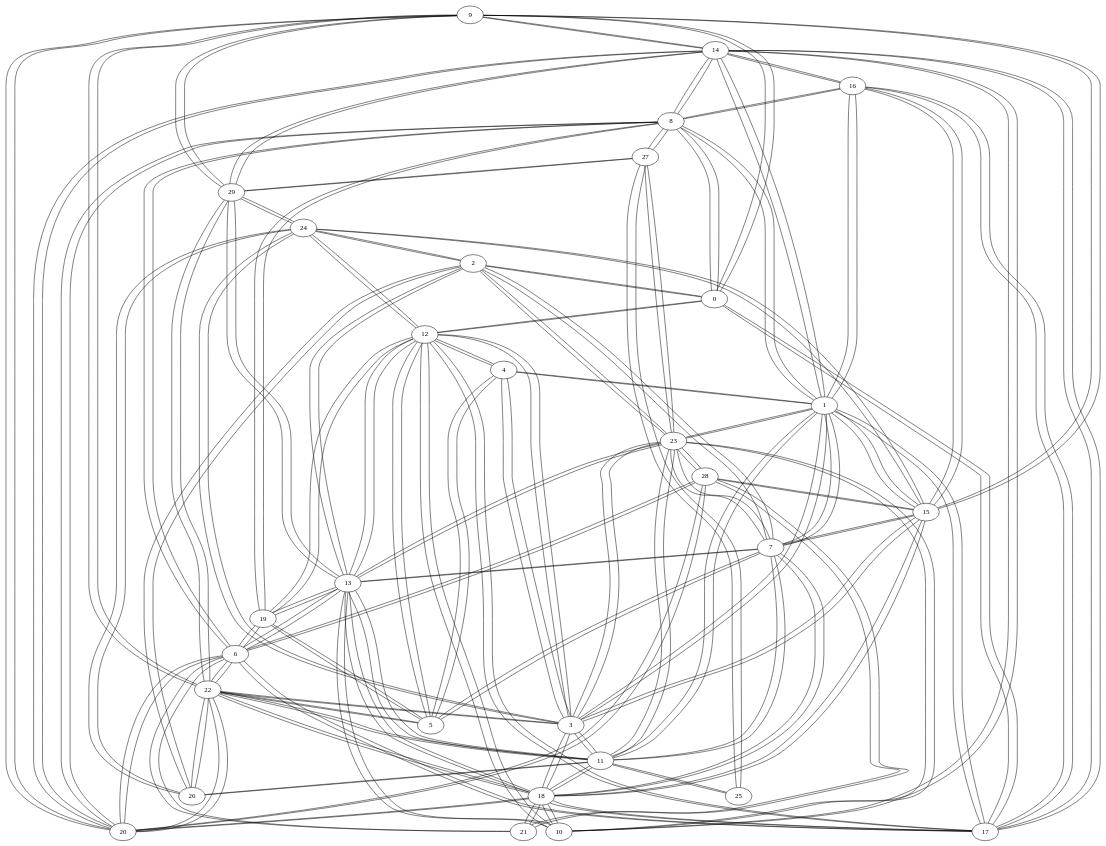
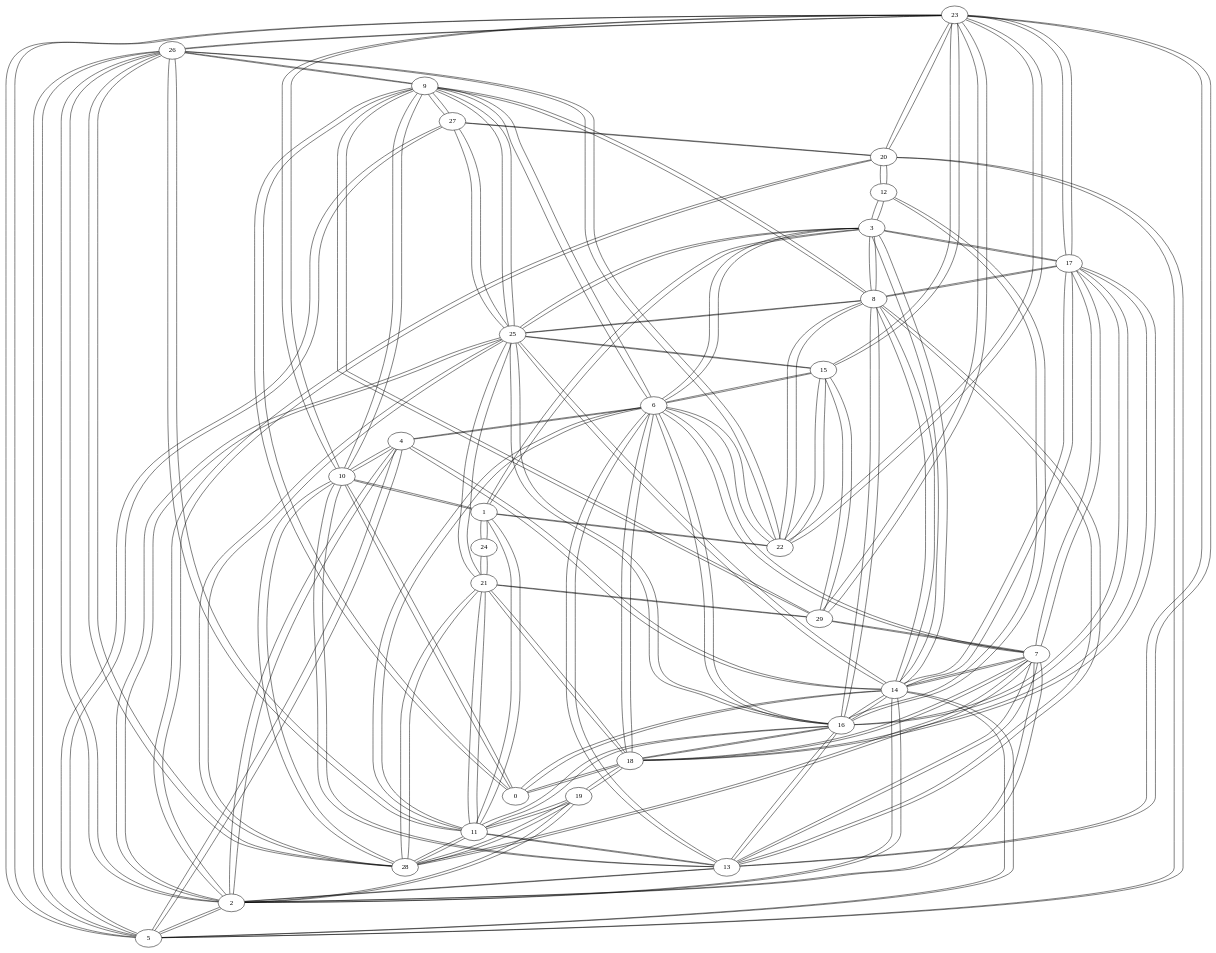
Before and after one commit to GusRojas/Grafos2DAA_A24: the diagram in grafo_erdos30.gv, drawn with Graphviz. The commit also changed 69 other files, not shown here.

```diff
--- a/grafo_erdos30.gv
+++ b/grafo_erdos30.gv
@@ -1,202 +1,202 @@
 graph {
-  9 -- 14;
-  9 -- 22;
+  23 -- 26;
+  23 -- 17;
+  23 -- 15;
+  23 -- 20;
+  23 -- 10;
+  23 -- 5;
+  23 -- 22;
+  23 -- 13;
+  23 -- 29;
+  26 -- 23;
+  26 -- 11;
+  26 -- 22;
+  26 -- 2;
+  26 -- 28;
+  26 -- 9;
+  26 -- 5;
+  0 -- 18;
+  0 -- 14;
+  0 -- 10;
+  0 -- 9;
+  18 -- 0;
+  18 -- 16;
+  18 -- 19;
+  18 -- 21;
+  18 -- 7;
+  18 -- 6;
+  18 -- 17;
+  8 -- 25;
+  8 -- 17;
+  8 -- 9;
+  8 -- 3;
+  8 -- 16;
+  8 -- 14;
+  8 -- 22;
+  8 -- 13;
+  25 -- 8;
+  25 -- 27;
+  25 -- 14;
+  25 -- 28;
+  25 -- 9;
+  25 -- 15;
+  25 -- 3;
+  25 -- 21;
+  25 -- 16;
+  25 -- 2;
+  11 -- 26;
+  11 -- 6;
+  11 -- 16;
+  11 -- 19;
+  11 -- 28;
+  11 -- 13;
+  11 -- 21;
+  11 -- 1;
+  6 -- 11;
+  6 -- 7;
+  6 -- 16;
+  6 -- 15;
+  6 -- 22;
+  6 -- 3;
+  6 -- 9;
+  6 -- 13;
+  6 -- 18;
+  6 -- 4;
+  20 -- 27;
+  20 -- 12;
+  20 -- 23;
+  20 -- 5;
+  20 -- 2;
+  27 -- 20;
+  27 -- 25;
+  27 -- 5;
+  27 -- 9;
+  14 -- 16;
+  14 -- 7;
+  14 -- 25;
+  14 -- 3;
+  14 -- 2;
+  14 -- 0;
+  14 -- 8;
+  14 -- 17;
+  14 -- 5;
+  14 -- 4;
+  16 -- 14;
+  16 -- 6;
+  16 -- 11;
+  16 -- 18;
+  16 -- 8;
+  16 -- 13;
+  16 -- 12;
+  16 -- 17;
+  16 -- 25;
+  17 -- 8;
+  17 -- 23;
+  17 -- 14;
+  17 -- 3;
+  17 -- 7;
+  17 -- 16;
+  17 -- 18;
+  7 -- 6;
+  7 -- 14;
+  7 -- 13;
+  7 -- 2;
+  7 -- 18;
+  7 -- 17;
+  7 -- 28;
+  7 -- 29;
+  15 -- 6;
+  15 -- 23;
+  15 -- 25;
+  15 -- 29;
+  15 -- 22;
+  12 -- 20;
+  12 -- 16;
+  12 -- 3;
+  9 -- 8;
+  9 -- 25;
+  9 -- 6;
+  9 -- 26;
   9 -- 29;
-  9 -- 15;
-  9 -- 20;
   9 -- 0;
-  14 -- 9;
-  14 -- 29;
-  14 -- 1;
-  14 -- 17;
-  14 -- 20;
-  14 -- 10;
-  14 -- 8;
-  14 -- 16;
-  22 -- 9;
-  22 -- 18;
-  22 -- 29;
-  22 -- 5;
+  9 -- 10;
+  9 -- 27;
+  3 -- 8;
+  3 -- 14;
+  3 -- 6;
+  3 -- 1;
+  3 -- 25;
+  3 -- 17;
+  3 -- 12;
   22 -- 6;
   22 -- 26;
-  22 -- 11;
-  22 -- 3;
-  22 -- 20;
-  17 -- 18;
-  17 -- 1;
-  17 -- 6;
-  17 -- 12;
-  17 -- 14;
-  17 -- 16;
-  17 -- 0;
-  18 -- 17;
-  18 -- 11;
-  18 -- 22;
-  18 -- 20;
-  18 -- 21;
-  18 -- 10;
-  18 -- 15;
-  18 -- 13;
-  18 -- 3;
-  18 -- 7;
-  15 -- 24;
-  15 -- 1;
-  15 -- 16;
-  15 -- 3;
-  15 -- 9;
-  15 -- 28;
-  15 -- 18;
-  15 -- 7;
-  24 -- 15;
-  24 -- 12;
-  24 -- 29;
-  24 -- 26;
-  24 -- 2;
-  24 -- 3;
-  12 -- 24;
-  12 -- 13;
-  12 -- 19;
-  12 -- 5;
-  12 -- 17;
-  12 -- 10;
-  12 -- 3;
-  12 -- 0;
-  12 -- 4;
-  11 -- 18;
-  11 -- 23;
-  11 -- 7;
-  11 -- 26;
-  11 -- 25;
-  11 -- 13;
-  11 -- 3;
-  11 -- 1;
-  11 -- 22;
-  23 -- 11;
-  23 -- 3;
-  23 -- 13;
-  23 -- 10;
-  23 -- 27;
-  23 -- 7;
-  23 -- 28;
-  23 -- 1;
-  23 -- 2;
-  7 -- 11;
-  7 -- 5;
-  7 -- 13;
-  7 -- 23;
-  7 -- 2;
-  7 -- 18;
-  7 -- 15;
-  7 -- 1;
-  13 -- 12;
+  22 -- 23;
+  22 -- 1;
+  22 -- 8;
+  22 -- 15;
+  2 -- 5;
+  2 -- 4;
+  2 -- 26;
+  2 -- 7;
+  2 -- 19;
+  2 -- 14;
+  2 -- 13;
+  2 -- 20;
+  2 -- 25;
+  5 -- 2;
+  5 -- 23;
+  5 -- 14;
+  5 -- 4;
+  5 -- 26;
+  5 -- 27;
+  5 -- 20;
+  4 -- 2;
+  4 -- 10;
+  4 -- 5;
+  4 -- 6;
+  4 -- 14;
+  28 -- 25;
+  28 -- 21;
+  28 -- 26;
+  28 -- 10;
+  28 -- 11;
+  28 -- 19;
+  28 -- 7;
+  13 -- 7;
+  13 -- 16;
+  13 -- 11;
   13 -- 2;
+  13 -- 10;
+  13 -- 6;
+  13 -- 8;
   13 -- 23;
-  13 -- 29;
-  13 -- 7;
-  13 -- 11;
-  13 -- 10;
-  13 -- 19;
-  13 -- 6;
-  13 -- 18;
-  3 -- 23;
-  3 -- 4;
-  3 -- 15;
-  3 -- 11;
-  3 -- 18;
-  3 -- 12;
-  3 -- 1;
-  3 -- 22;
-  3 -- 24;
-  8 -- 16;
-  8 -- 1;
-  8 -- 19;
-  8 -- 6;
-  8 -- 27;
-  8 -- 0;
-  8 -- 14;
-  8 -- 20;
-  16 -- 8;
-  16 -- 15;
-  16 -- 17;
-  16 -- 14;
-  16 -- 1;
-  1 -- 15;
-  1 -- 17;
-  1 -- 8;
-  1 -- 14;
-  1 -- 23;
+  21 -- 28;
+  21 -- 24;
+  21 -- 18;
+  21 -- 29;
+  21 -- 11;
+  21 -- 25;
+  10 -- 23;
+  10 -- 28;
+  10 -- 4;
+  10 -- 0;
+  10 -- 13;
+  10 -- 1;
+  10 -- 9;
+  19 -- 18;
+  19 -- 11;
+  19 -- 2;
+  19 -- 28;
+  29 -- 15;
+  29 -- 21;
+  29 -- 9;
+  29 -- 7;
+  29 -- 23;
+  1 -- 3;
+  1 -- 22;
+  1 -- 10;
   1 -- 11;
-  1 -- 7;
-  1 -- 3;
-  1 -- 4;
-  1 -- 16;
-  29 -- 14;
-  29 -- 22;
-  29 -- 13;
-  29 -- 27;
-  29 -- 24;
-  29 -- 9;
-  2 -- 13;
-  2 -- 26;
-  2 -- 0;
-  2 -- 7;
-  2 -- 24;
-  2 -- 23;
-  20 -- 28;
-  20 -- 18;
-  20 -- 14;
-  20 -- 6;
-  20 -- 9;
-  20 -- 8;
-  20 -- 22;
-  28 -- 20;
-  28 -- 15;
-  28 -- 6;
-  28 -- 23;
-  28 -- 21;
-  19 -- 12;
-  19 -- 8;
-  19 -- 6;
-  19 -- 13;
-  19 -- 5;
-  4 -- 5;
-  4 -- 3;
-  4 -- 1;
-  4 -- 12;
-  5 -- 4;
-  5 -- 12;
-  5 -- 7;
-  5 -- 22;
-  5 -- 19;
-  26 -- 11;
-  26 -- 2;
-  26 -- 22;
-  26 -- 24;
-  25 -- 11;
-  25 -- 27;
-  21 -- 18;
-  21 -- 6;
-  21 -- 28;
-  10 -- 23;
-  10 -- 12;
-  10 -- 18;
-  10 -- 14;
-  10 -- 13;
-  27 -- 29;
-  27 -- 23;
-  27 -- 8;
-  27 -- 25;
-  6 -- 17;
-  6 -- 20;
-  6 -- 28;
-  6 -- 22;
-  6 -- 19;
-  6 -- 21;
-  6 -- 13;
-  6 -- 8;
-  0 -- 2;
-  0 -- 8;
-  0 -- 17;
-  0 -- 9;
-  0 -- 12;
+  1 -- 24;
+  24 -- 21;
+  24 -- 1;
 }
```
